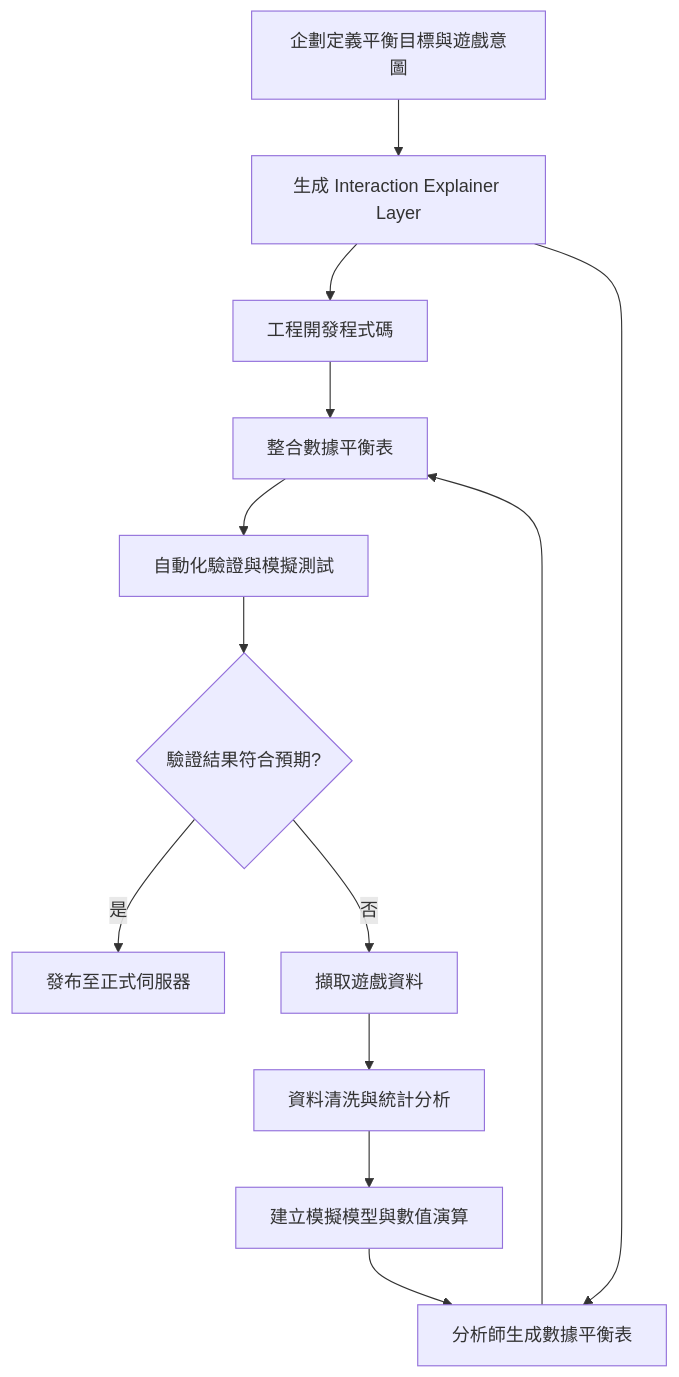
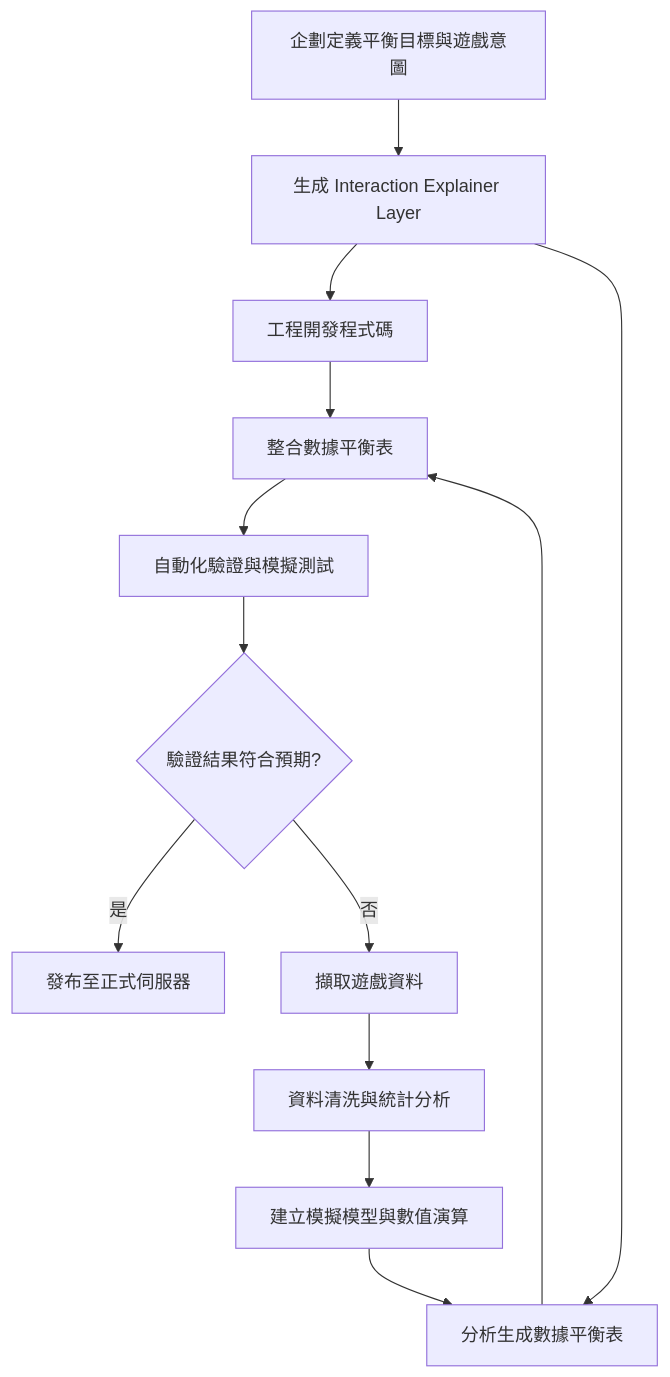
One commit to laplus-x/worklog changed the diagram in docs/latest/specifications/balance/flow.md. Above: the diagram before and after it, drawn with Mermaid. The commit also changed other lines of this file and 10 other files, not shown here.

````diff
--- a/docs/latest/specifications/balance/flow.md
+++ b/docs/latest/specifications/balance/flow.md
@@ -3,15 +3,15 @@
 ```mermaid
 flowchart TD
   A[企劃定義平衡目標與遊戲意圖] --> N[生成 Interaction Explainer Layer]
   N --> M[工程開發程式碼]
-  N --> B[分析師生成數據平衡表]
+  N --> B[分析生成數據平衡表]
   M --> H[整合數據平衡表]
   B --> H
   H --> I[自動化驗證與模擬測試]
   I --> J{驗證結果符合預期?}
   J -->|是| K[發布至正式伺服器]
   J -->|否| C[擷取遊戲資料]
   C --> D[資料清洗與統計分析]
   D --> E[建立模擬模型與數值演算]
   E --> B
 ```
````
